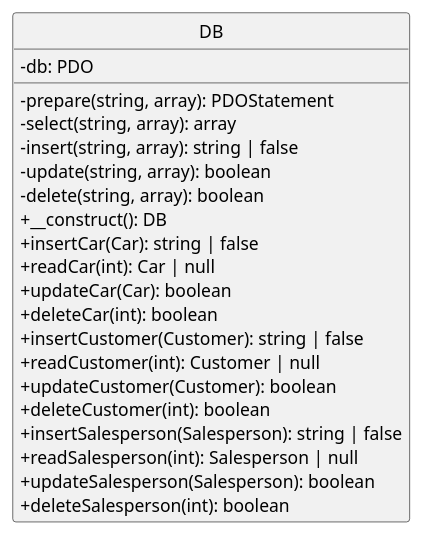
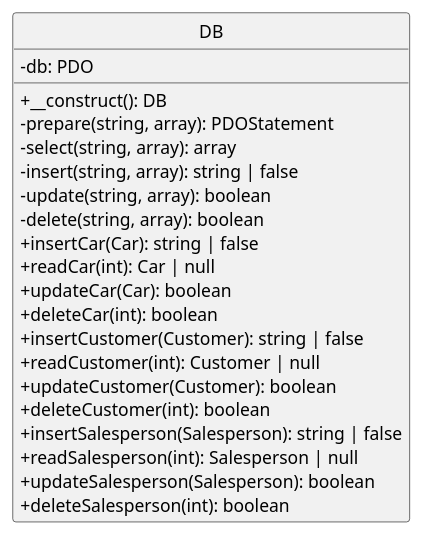
The diagram in Scrum3_Team_X/Provider_X/Diagrams/DB.puml (luke-hamann/stc-cis-266-scrum-3), drawn with PlantUML before and after one commit. The commit also changed other lines of this file and 1 other file, not shown here.

Commit message:
Update DB UML class diagram

```diff
--- a/Scrum3_Team_X/Provider_X/Diagrams/DB.puml
+++ b/Scrum3_Team_X/Provider_X/Diagrams/DB.puml
@@ -1,26 +1,26 @@
 @startuml
 hide circle
 skinparam classAttributeIconSize 0
 
 class DB {
     - db: PDO
+    + __construct(): DB
     - prepare(string, array): PDOStatement
     - select(string, array): array
     - insert(string, array): string | false
     - update(string, array): boolean
     - delete(string, array): boolean
-    + __construct(): DB
     + insertCar(Car): string | false
     + readCar(int): Car | null
     + updateCar(Car): boolean
     + deleteCar(int): boolean
     + insertCustomer(Customer): string | false
     + readCustomer(int): Customer | null
     + updateCustomer(Customer): boolean
     + deleteCustomer(int): boolean
     + insertSalesperson(Salesperson): string | false
     + readSalesperson(int): Salesperson | null
     + updateSalesperson(Salesperson): boolean
     + deleteSalesperson(int): boolean
 }
 @enduml
```
